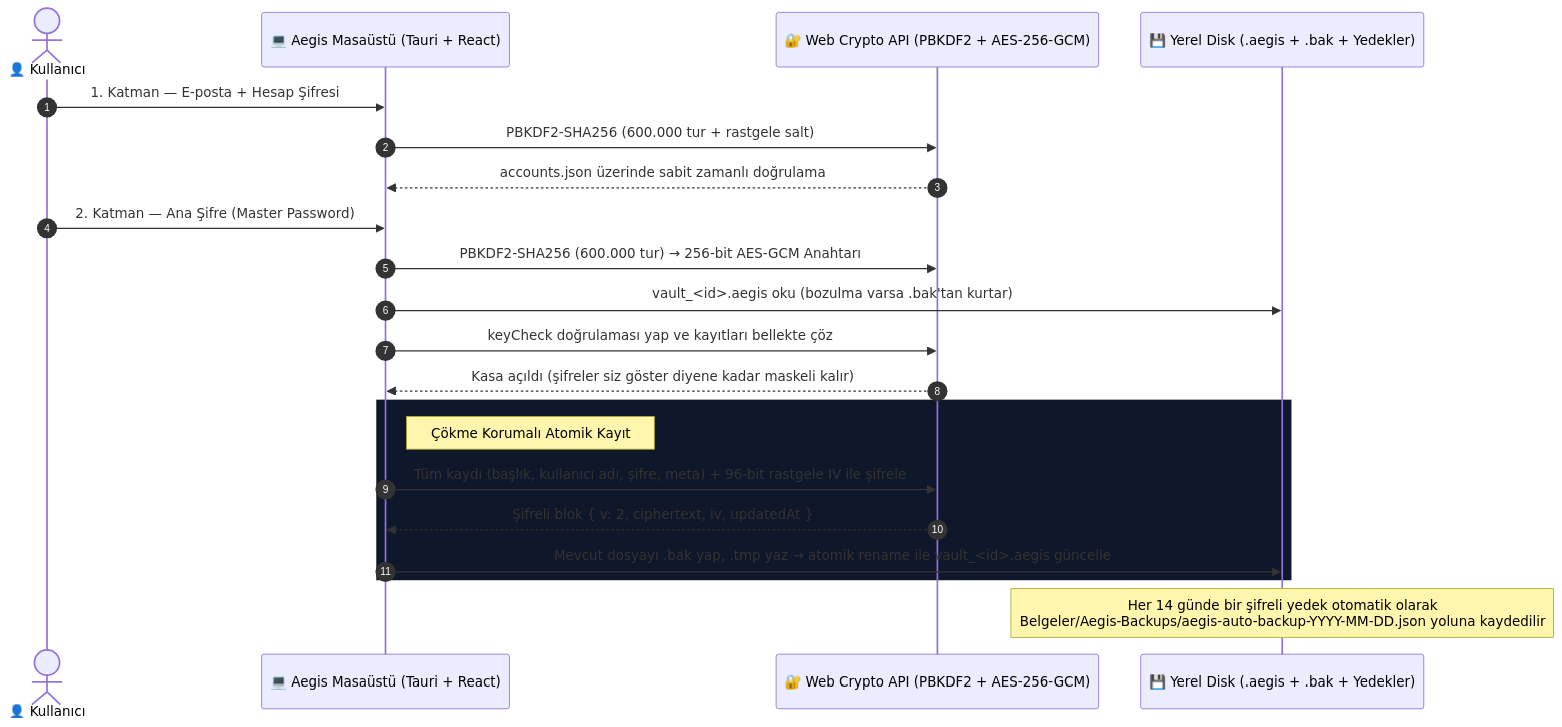
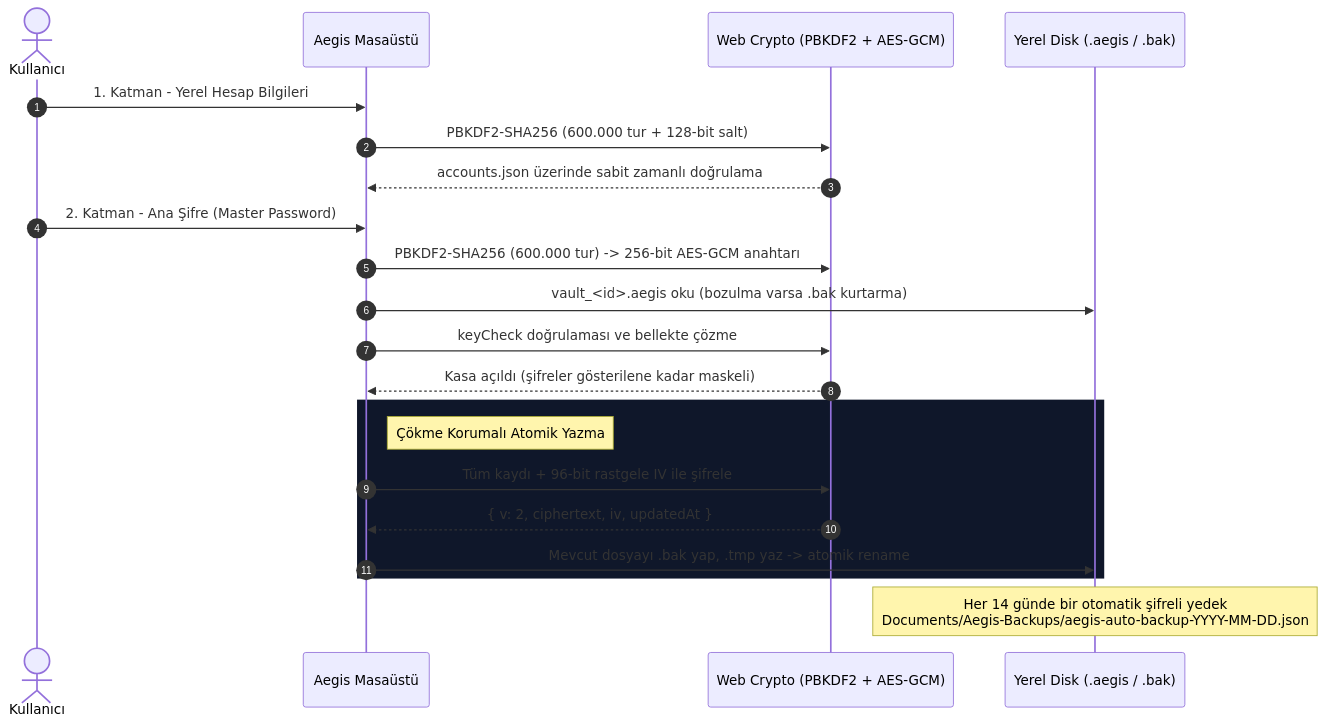
Before and after one commit to DrXendria/Aegis: the diagram in README.tr.md, drawn with Mermaid. The commit also changed other lines of this file and 2 other files, not shown here.

````diff
--- a/README.tr.md
+++ b/README.tr.md
@@ -62,27 +99,27 @@
 ```mermaid
 sequenceDiagram
     autonumber
-    actor User as 👤 Kullanıcı
-    participant App as 💻 Aegis Masaüstü (Tauri + React)
-    participant Crypto as 🔐 Web Crypto API (PBKDF2 + AES-256-GCM)
-    participant Disk as 💾 Yerel Disk (.aegis + .bak + Yedekler)
+    actor Kullanici as Kullanıcı
+    participant App as Aegis Masaüstü
+    participant Crypto as Web Crypto (PBKDF2 + AES-GCM)
+    participant Disk as Yerel Disk (.aegis / .bak)
 
-    User->>App: 1. Katman — E-posta + Hesap Şifresi
-    App->>Crypto: PBKDF2-SHA256 (600.000 tur + rastgele salt)
+    Kullanici->>App: 1. Katman - Yerel Hesap Bilgileri
+    App->>Crypto: PBKDF2-SHA256 (600.000 tur + 128-bit salt)
     Crypto-->>App: accounts.json üzerinde sabit zamanlı doğrulama
 
-    User->>App: 2. Katman — Ana Şifre (Master Password)
-    App->>Crypto: PBKDF2-SHA256 (600.000 tur) → 256-bit AES-GCM Anahtarı
-    App->>Disk: vault_<id>.aegis oku (bozulma varsa .bak'tan kurtar)
-    App->>Crypto: keyCheck doğrulaması yap ve kayıtları bellekte çöz
-    Crypto-->>App: Kasa açıldı (şifreler siz göster diyene kadar maskeli kalır)
+    Kullanici->>App: 2. Katman - Ana Şifre (Master Password)
+    App->>Crypto: PBKDF2-SHA256 (600.000 tur) -> 256-bit AES-GCM anahtarı
+    App->>Disk: vault_<id>.aegis oku (bozulma varsa .bak kurtarma)
+    App->>Crypto: keyCheck doğrulaması ve bellekte çözme
+    Crypto-->>App: Kasa açıldı (şifreler gösterilene kadar maskeli)
 
     rect rgb(15, 23, 42)
-        Note right of App: Çökme Korumalı Atomik Kayıt
-        App->>Crypto: Tüm kaydı (başlık, kullanıcı adı, şifre, meta) + 96-bit rastgele IV ile şifrele
-        Crypto-->>App: Şifreli blok { v: 2, ciphertext, iv, updatedAt }
-        App->>Disk: Mevcut dosyayı .bak yap, .tmp yaz → atomik rename ile vault_<id>.aegis güncelle
+        Note right of App: Çökme Korumalı Atomik Yazma
+        App->>Crypto: Tüm kaydı + 96-bit rastgele IV ile şifrele
+        Crypto-->>App: { v: 2, ciphertext, iv, updatedAt }
+        App->>Disk: Mevcut dosyayı .bak yap, .tmp yaz -> atomik rename
     end
 
-    Note over Disk: Her 14 günde bir şifreli yedek otomatik olarak<br/>Belgeler/Aegis-Backups/aegis-auto-backup-YYYY-MM-DD.json yoluna kaydedilir
+    Note over Disk: Her 14 günde bir otomatik şifreli yedek<br/>Documents/Aegis-Backups/aegis-auto-backup-YYYY-MM-DD.json
 ```
````
